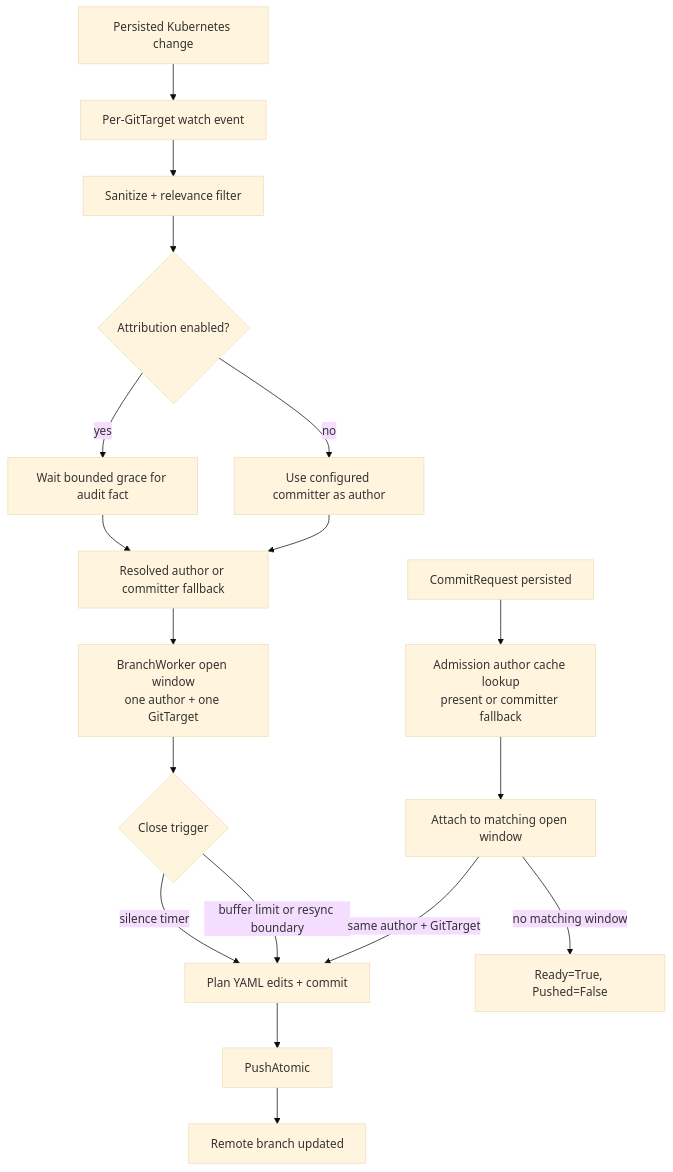
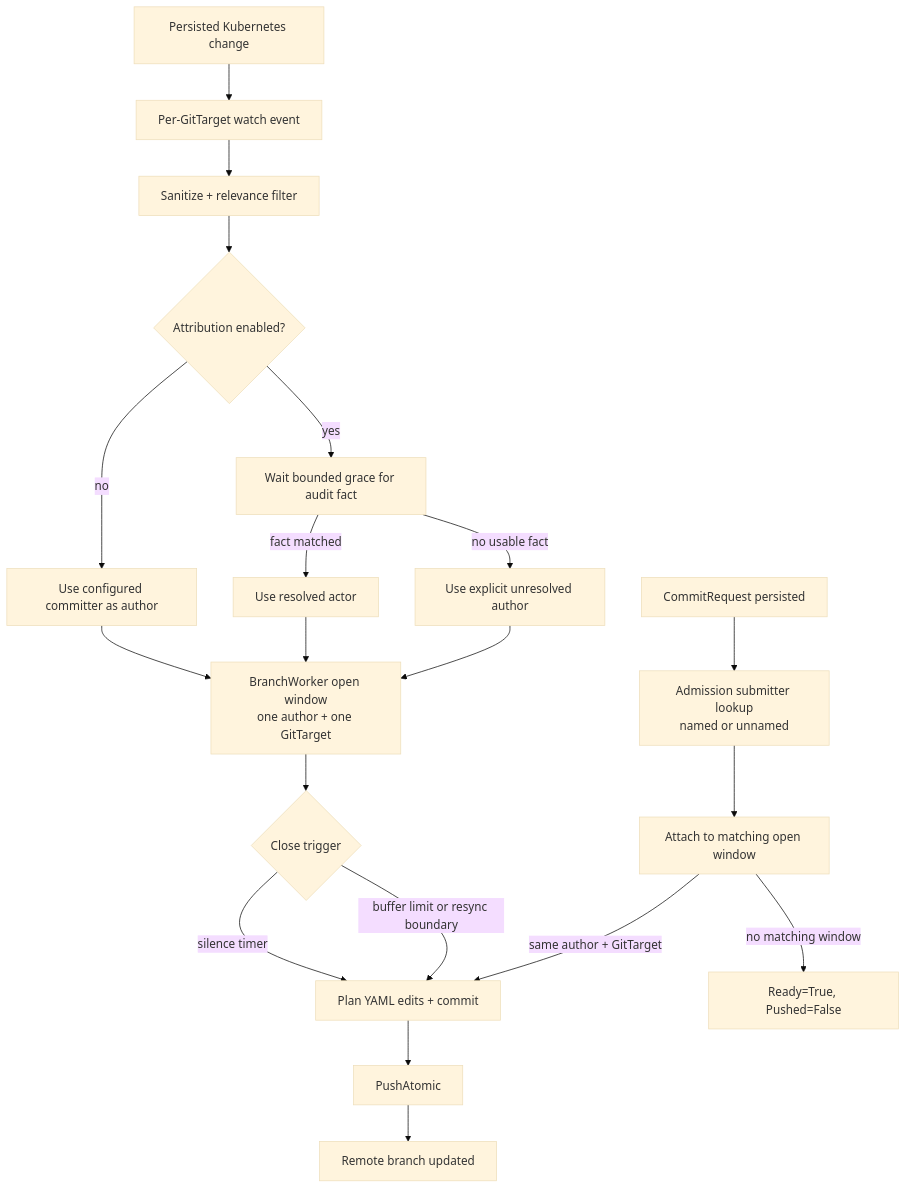
One commit to ConfigButler/gitops-reverser changed the third of 5 diagrams in docs/architecture.md. Above: the diagram before and after it, drawn with Mermaid (base theme). The commit also changed other lines of this file and 78 other files, not shown here.

First line of the commit message:
feat: make unresolved attribution explicit and harden operations (#257)

````diff
--- a/docs/architecture.md
+++ b/docs/architecture.md
@@ -399,23 +403,25 @@
 ```mermaid
 flowchart TD
     CHANGE[Persisted Kubernetes change] --> WATCH[Per-GitTarget watch event]
     WATCH --> FILTER[Sanitize + relevance filter]
     FILTER --> AUTHOR{Attribution enabled?}
     AUTHOR -->|yes| AUDIT[Wait bounded grace for audit fact]
     AUTHOR -->|no| COMMITTER[Use configured committer as author]
-    AUDIT --> RESOLVED[Resolved author or committer fallback]
-    COMMITTER --> RESOLVED
-    RESOLVED --> WINDOW[BranchWorker open window<br/>one author + one GitTarget]
+    AUDIT -->|fact matched| RESOLVED[Use resolved actor]
+    AUDIT -->|no usable fact| UNRESOLVED[Use explicit unresolved author]
+    COMMITTER --> WINDOW[BranchWorker open window<br/>one author + one GitTarget]
+    RESOLVED --> WINDOW
+    UNRESOLVED --> WINDOW
 
     WINDOW --> TIMER{Close trigger}
     TIMER -->|silence timer| FLUSH[Plan YAML edits + commit]
     TIMER -->|buffer limit or resync boundary| FLUSH
 
-    CR[CommitRequest persisted] --> ADMISSION[Admission author cache lookup<br/>present or committer fallback]
+    CR[CommitRequest persisted] --> ADMISSION[Admission submitter lookup<br/>named or unnamed]
     ADMISSION --> ATTACH[Attach to matching open window]
     ATTACH -->|same author + GitTarget| FLUSH
     ATTACH -->|no matching window| BENIGN[Ready=True, Pushed=False]
 
     FLUSH --> PUSH[PushAtomic]
     PUSH --> DONE[Remote branch updated]
 ```
````
